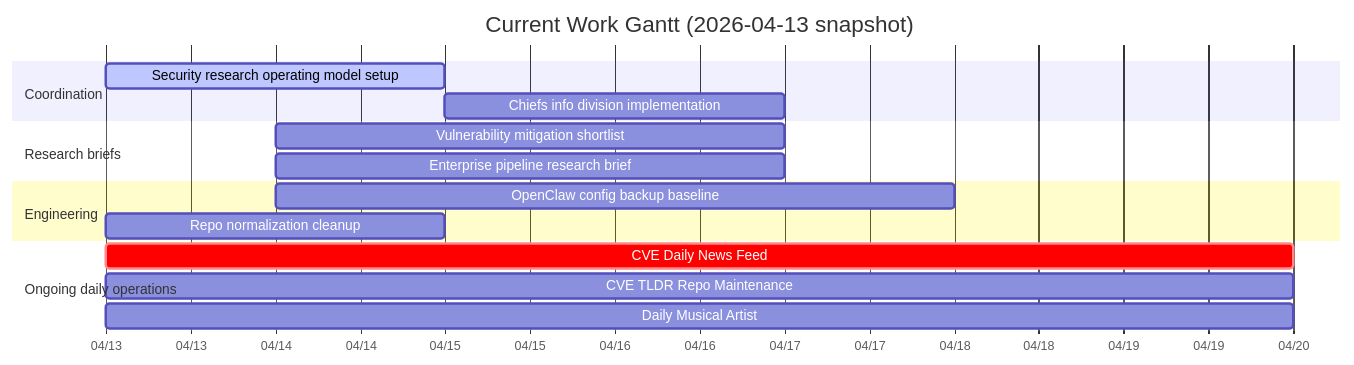
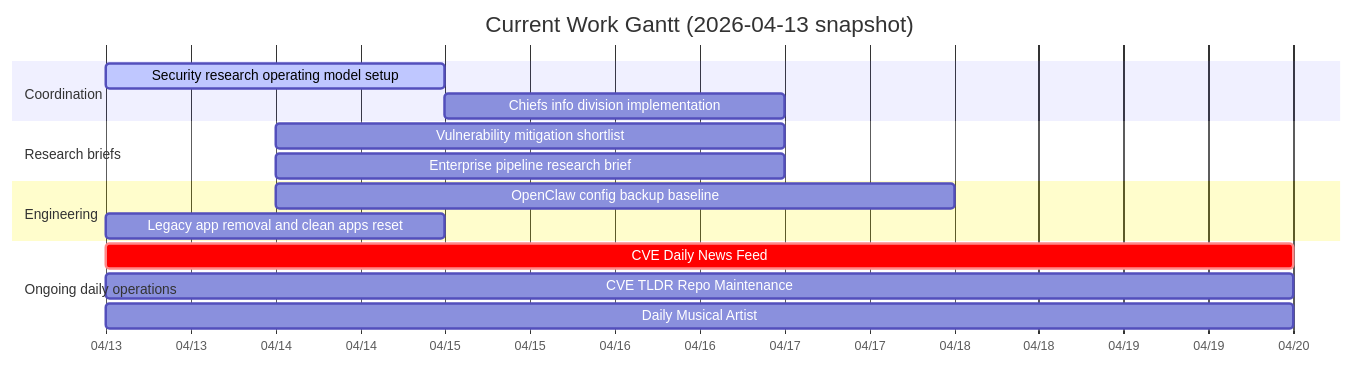
One commit to stevologic/bob-sec changed the diagram in research/operations/current-work-gantt.md. Above: the diagram before and after it, drawn with Mermaid. The commit also changed other lines of this file and 202 other files, not shown here.

Commit message:
repo: remove legacy app directories

````diff
--- a/research/operations/current-work-gantt.md
+++ b/research/operations/current-work-gantt.md
@@ -5,23 +5,23 @@
 ```mermaid
 gantt
     title Current Work Gantt (2026-04-13 snapshot)
     dateFormat  YYYY-MM-DD
     axisFormat  %m/%d
 
     section Coordination
     Security research operating model setup     :active, opmodel, 2026-04-13, 2d
     Chiefs info division implementation         :chiefs, after opmodel, 2d
 
     section Research briefs
     Vulnerability mitigation shortlist          :mitigation, 2026-04-14, 3d
     Enterprise pipeline research brief          :pipeline, 2026-04-14, 3d
 
     section Engineering
     OpenClaw config backup baseline             :backup, 2026-04-14, 4d
-    Repo normalization cleanup                  :repo, 2026-04-13, 2d
+    Legacy app removal and clean apps reset     :repo, 2026-04-13, 2d
 
     section Ongoing daily operations
     CVE Daily News Feed                         :crit, cvefeed, 2026-04-13, 7d
     CVE TLDR Repo Maintenance                   :repoops, 2026-04-13, 7d
     Daily Musical Artist                        :music, 2026-04-13, 7d
 ```
````
